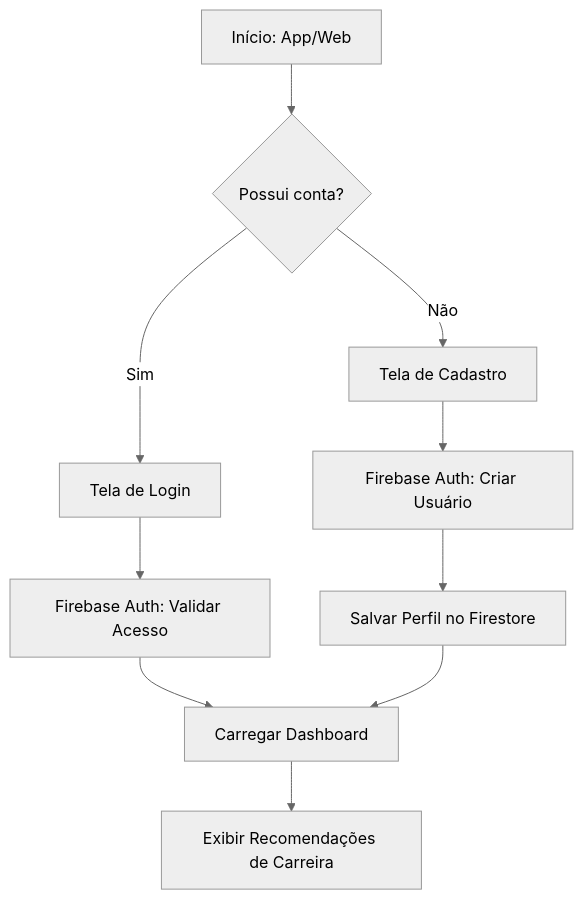
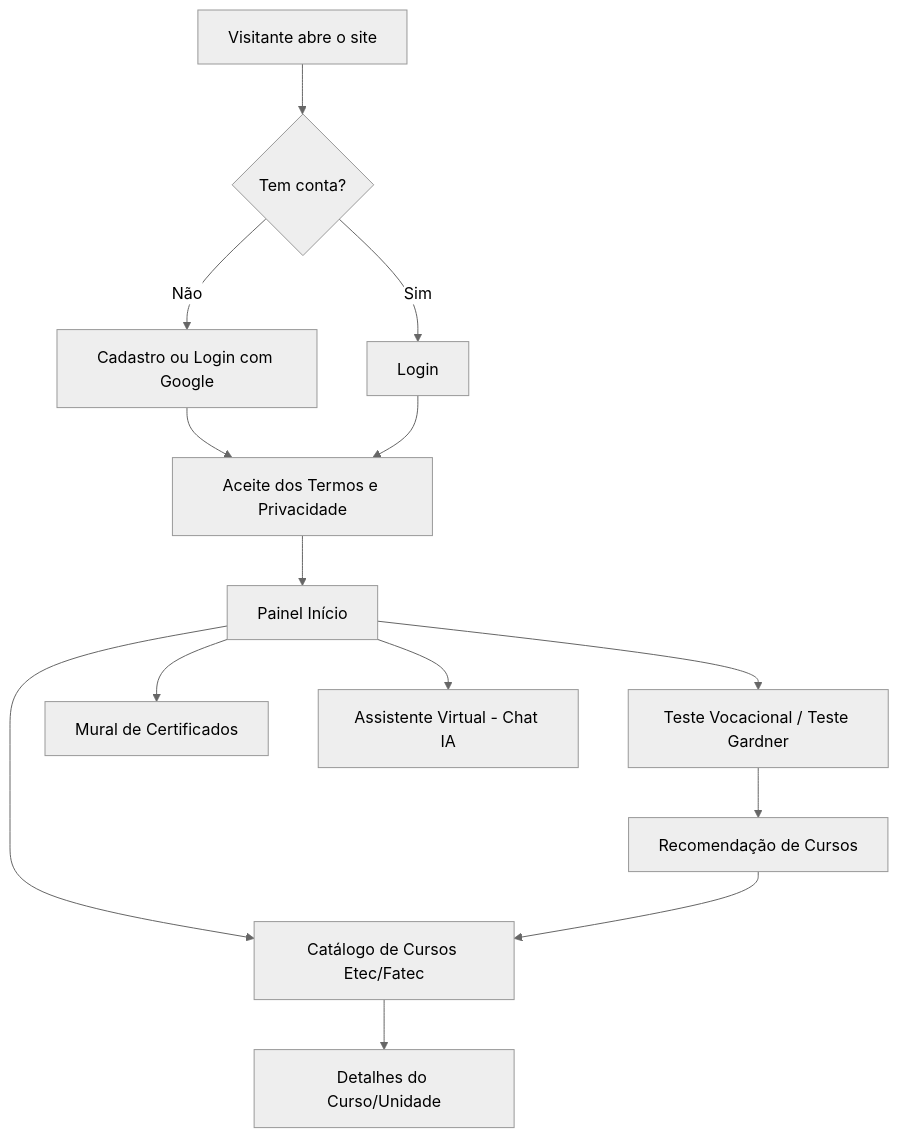
Before and after one commit to SrEscanor/Futuro-Plus: the first of 2 diagrams in README.md, drawn with Mermaid (neutral theme). The commit also changed other lines of this file and 27 other files, not shown here.

First line of the commit message:
Deixa o assistente de IA mais expressivo com emojis e visual cartonesco, e atualiza o README

````diff
--- a/README.md
+++ b/README.md
@@ -53,12 +64,16 @@
 ```mermaid
 graph TD
-    A[Início: App/Web] --> B{Possui conta?}
-    B -- Não --> C[Tela de Cadastro]
-    B -- Sim --> D[Tela de Login]
-    C --> E[Firebase Auth: Criar Usuário]
-    D --> F[Firebase Auth: Validar Acesso]
-    E --> G[Salvar Perfil no Firestore]
-    F --> H[Carregar Dashboard]
-    G --> H
-    H --> I[Exibir Recomendações de Carreira]
+    A[Visitante abre o site] --> B{Tem conta?}
+    B -- Não --> C[Cadastro ou Login com Google]
+    B -- Sim --> D[Login]
+    C --> E[Aceite dos Termos e Privacidade]
+    D --> E
+    E --> F[Painel Início]
+    F --> G[Teste Vocacional / Teste Gardner]
+    G --> H[Recomendação de Cursos]
+    F --> I[Catálogo de Cursos Etec/Fatec]
+    F --> J[Mural de Certificados]
+    F --> K[Assistente Virtual - Chat IA]
+    H --> I
+    I --> L[Detalhes do Curso/Unidade]
 ```
````
